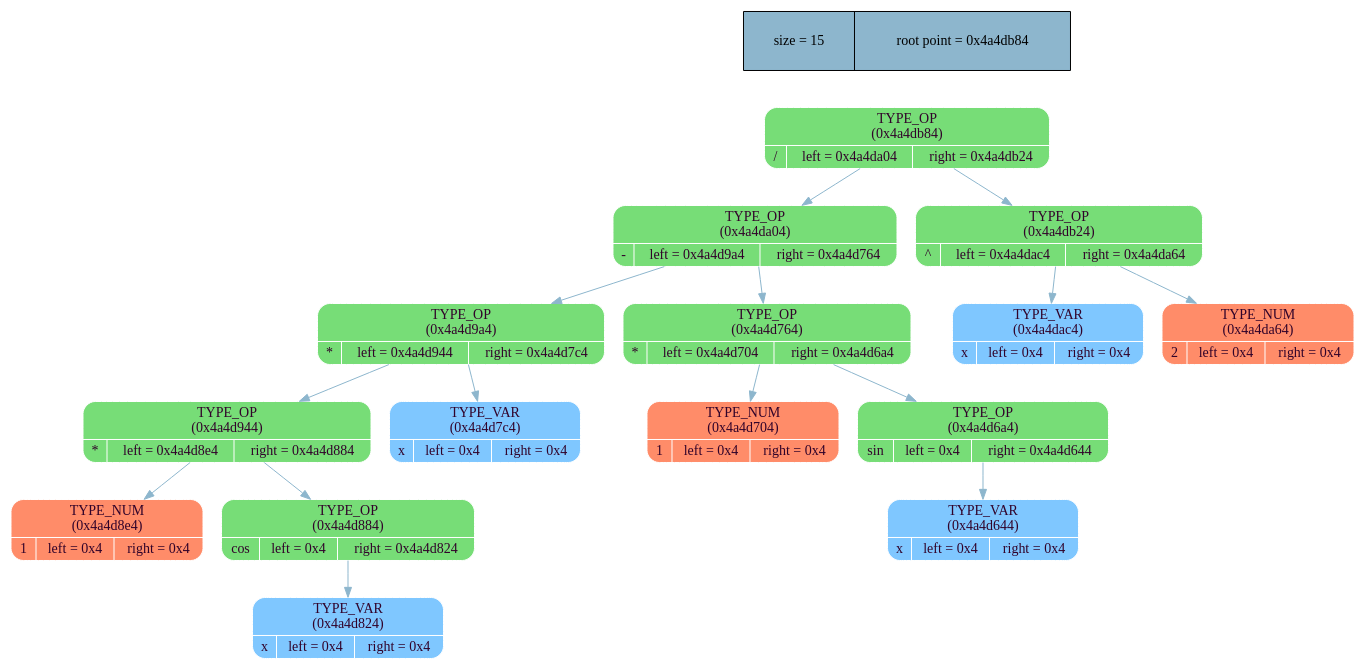
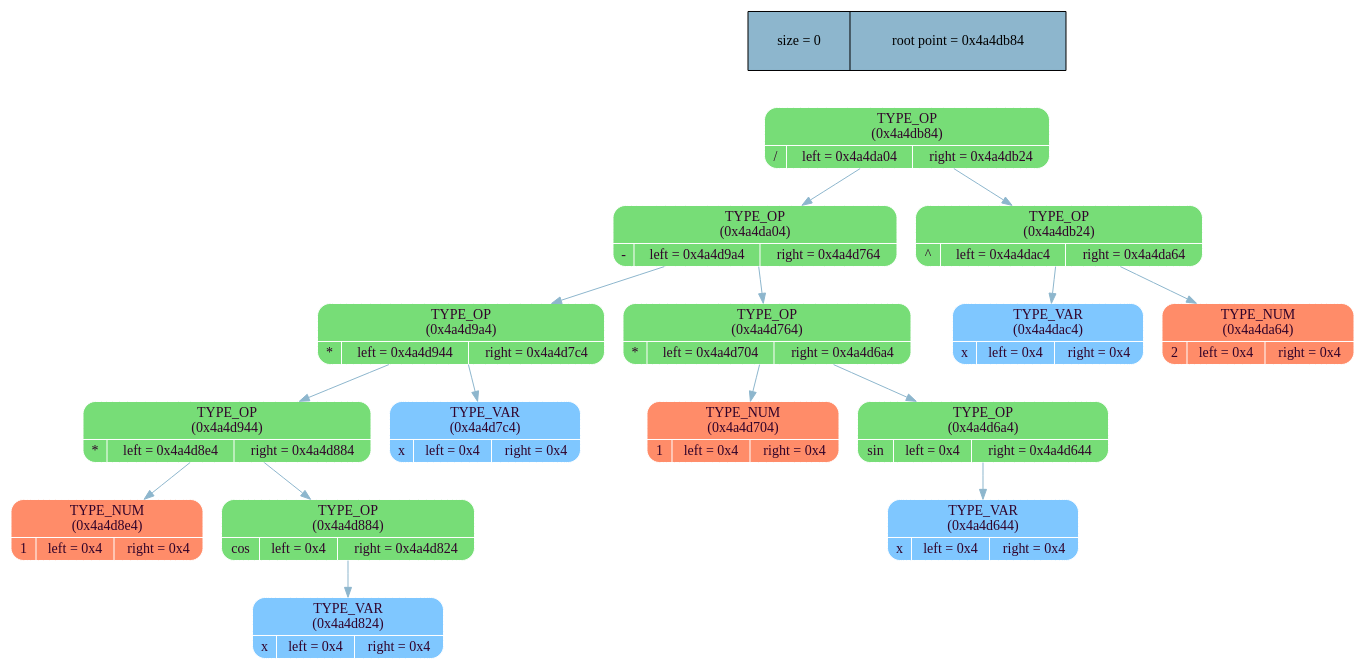
The diagram in dump_info/tree_dump.dot (MaxGroshev/differentiator), drawn with Graphviz before and after one commit. The commit also changed 13 other files, not shown here.

```diff
--- a/dump_info/tree_dump.dot
+++ b/dump_info/tree_dump.dot
@@ -1,38 +1,38 @@
 digraph   
 {
 rankdir = ""
 splines = "true"
 
-node_stat [margin = "0.3*0.3", style = "filled", shape = "record", fillcolor = "#8DB6CD" label = " size = 15 | root point = 0x4a4db84"]
+node_stat [margin = "0.3*0.3", style = "filled", shape = "record", fillcolor = "#8DB6CD" label = " size = 0 | root point = 0x4a4db84"]
 {rank = source; node_stat}
 
 node0x4a4db84 [shape = "Mrecord", fillcolor = "#77DD77", style = "filled", fontcolor = "#31032A", fontname = "Calibri", color = "white", label = "{TYPE_OP\n (0x4a4db84)| {/ |left = 0x4a4da04 |right = 0x4a4db24}}"]
 node0x4a4db84 -> node0x4a4da04 [color = "#8DB6CD", style = "", constraint = true, fillcolor = "#8DB6CD",   fontcolor = "", fontname = "Calibri", label = ""];
 node0x4a4da04 [shape = "Mrecord", fillcolor = "#77DD77", style = "filled", fontcolor = "#31032A", fontname = "Calibri", color = "white", label = "{TYPE_OP\n (0x4a4da04)| {- |left = 0x4a4d9a4 |right = 0x4a4d764}}"]
 node0x4a4da04 -> node0x4a4d9a4 [color = "#8DB6CD", style = "", constraint = true, fillcolor = "#8DB6CD",   fontcolor = "", fontname = "Calibri", label = ""];
 node0x4a4d9a4 [shape = "Mrecord", fillcolor = "#77DD77", style = "filled", fontcolor = "#31032A", fontname = "Calibri", color = "white", label = "{TYPE_OP\n (0x4a4d9a4)| {* |left = 0x4a4d944 |right = 0x4a4d7c4}}"]
 node0x4a4d9a4 -> node0x4a4d944 [color = "#8DB6CD", style = "", constraint = true, fillcolor = "#8DB6CD",   fontcolor = "", fontname = "Calibri", label = ""];
 node0x4a4d944 [shape = "Mrecord", fillcolor = "#77DD77", style = "filled", fontcolor = "#31032A", fontname = "Calibri", color = "white", label = "{TYPE_OP\n (0x4a4d944)| {* |left = 0x4a4d8e4 |right = 0x4a4d884}}"]
 node0x4a4d944 -> node0x4a4d8e4 [color = "#8DB6CD", style = "", constraint = true, fillcolor = "#8DB6CD",   fontcolor = "", fontname = "Calibri", label = ""];
 node0x4a4d8e4 [shape = "Mrecord", fillcolor = "#FF8C69", style = "filled", fontcolor = "#31032A", fontname = "Calibri", color = "white", label = "{TYPE_NUM\n (0x4a4d8e4)| {1 |left = 0x4 |right = 0x4}}"]
 node0x4a4d944 -> node0x4a4d884 [color = "#8DB6CD", style = "", constraint = true, fillcolor = "#8DB6CD",   fontcolor = "", fontname = "Calibri", label = ""];
 node0x4a4d884 [shape = "Mrecord", fillcolor = "#77DD77", style = "filled", fontcolor = "#31032A", fontname = "Calibri", color = "white", label = "{TYPE_OP\n (0x4a4d884)| {cos |left = 0x4 |right = 0x4a4d824}}"]
 node0x4a4d884 -> node0x4a4d824 [color = "#8DB6CD", style = "", constraint = true, fillcolor = "#8DB6CD",   fontcolor = "", fontname = "Calibri", label = ""];
 node0x4a4d824 [shape = "Mrecord", fillcolor = "#7FC7FF", style = "filled", fontcolor = "#31032A", fontname = "Calibri", color = "white", label = "{TYPE_VAR\n (0x4a4d824)| {x |left = 0x4 |right = 0x4}}"]
 node0x4a4d9a4 -> node0x4a4d7c4 [color = "#8DB6CD", style = "", constraint = true, fillcolor = "#8DB6CD",   fontcolor = "", fontname = "Calibri", label = ""];
 node0x4a4d7c4 [shape = "Mrecord", fillcolor = "#7FC7FF", style = "filled", fontcolor = "#31032A", fontname = "Calibri", color = "white", label = "{TYPE_VAR\n (0x4a4d7c4)| {x |left = 0x4 |right = 0x4}}"]
 node0x4a4da04 -> node0x4a4d764 [color = "#8DB6CD", style = "", constraint = true, fillcolor = "#8DB6CD",   fontcolor = "", fontname = "Calibri", label = ""];
 node0x4a4d764 [shape = "Mrecord", fillcolor = "#77DD77", style = "filled", fontcolor = "#31032A", fontname = "Calibri", color = "white", label = "{TYPE_OP\n (0x4a4d764)| {* |left = 0x4a4d704 |right = 0x4a4d6a4}}"]
 node0x4a4d764 -> node0x4a4d704 [color = "#8DB6CD", style = "", constraint = true, fillcolor = "#8DB6CD",   fontcolor = "", fontname = "Calibri", label = ""];
 node0x4a4d704 [shape = "Mrecord", fillcolor = "#FF8C69", style = "filled", fontcolor = "#31032A", fontname = "Calibri", color = "white", label = "{TYPE_NUM\n (0x4a4d704)| {1 |left = 0x4 |right = 0x4}}"]
 node0x4a4d764 -> node0x4a4d6a4 [color = "#8DB6CD", style = "", constraint = true, fillcolor = "#8DB6CD",   fontcolor = "", fontname = "Calibri", label = ""];
 node0x4a4d6a4 [shape = "Mrecord", fillcolor = "#77DD77", style = "filled", fontcolor = "#31032A", fontname = "Calibri", color = "white", label = "{TYPE_OP\n (0x4a4d6a4)| {sin |left = 0x4 |right = 0x4a4d644}}"]
 node0x4a4d6a4 -> node0x4a4d644 [color = "#8DB6CD", style = "", constraint = true, fillcolor = "#8DB6CD",   fontcolor = "", fontname = "Calibri", label = ""];
 node0x4a4d644 [shape = "Mrecord", fillcolor = "#7FC7FF", style = "filled", fontcolor = "#31032A", fontname = "Calibri", color = "white", label = "{TYPE_VAR\n (0x4a4d644)| {x |left = 0x4 |right = 0x4}}"]
 node0x4a4db84 -> node0x4a4db24 [color = "#8DB6CD", style = "", constraint = true, fillcolor = "#8DB6CD",   fontcolor = "", fontname = "Calibri", label = ""];
 node0x4a4db24 [shape = "Mrecord", fillcolor = "#77DD77", style = "filled", fontcolor = "#31032A", fontname = "Calibri", color = "white", label = "{TYPE_OP\n (0x4a4db24)| {^ |left = 0x4a4dac4 |right = 0x4a4da64}}"]
 node0x4a4db24 -> node0x4a4dac4 [color = "#8DB6CD", style = "", constraint = true, fillcolor = "#8DB6CD",   fontcolor = "", fontname = "Calibri", label = ""];
 node0x4a4dac4 [shape = "Mrecord", fillcolor = "#7FC7FF", style = "filled", fontcolor = "#31032A", fontname = "Calibri", color = "white", label = "{TYPE_VAR\n (0x4a4dac4)| {x |left = 0x4 |right = 0x4}}"]
 node0x4a4db24 -> node0x4a4da64 [color = "#8DB6CD", style = "", constraint = true, fillcolor = "#8DB6CD",   fontcolor = "", fontname = "Calibri", label = ""];
 node0x4a4da64 [shape = "Mrecord", fillcolor = "#FF8C69", style = "filled", fontcolor = "#31032A", fontname = "Calibri", color = "white", label = "{TYPE_NUM\n (0x4a4da64)| {2 |left = 0x4 |right = 0x4}}"]
 }
```
